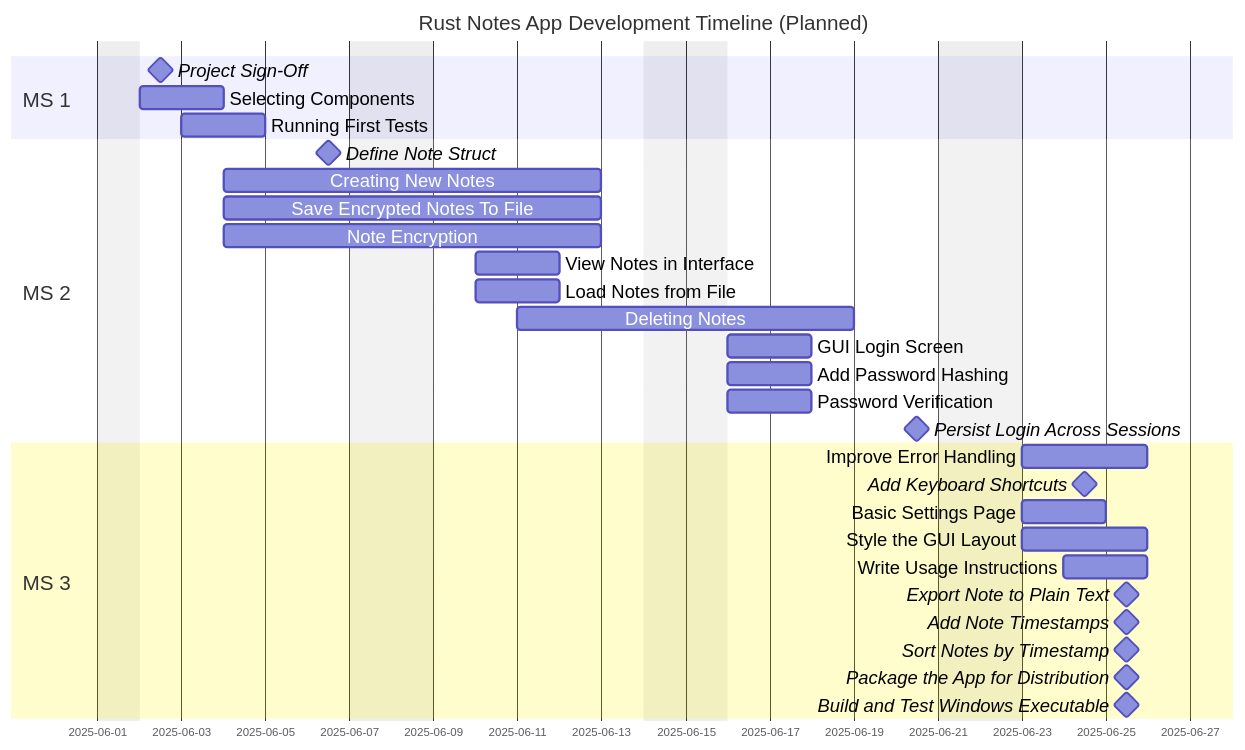
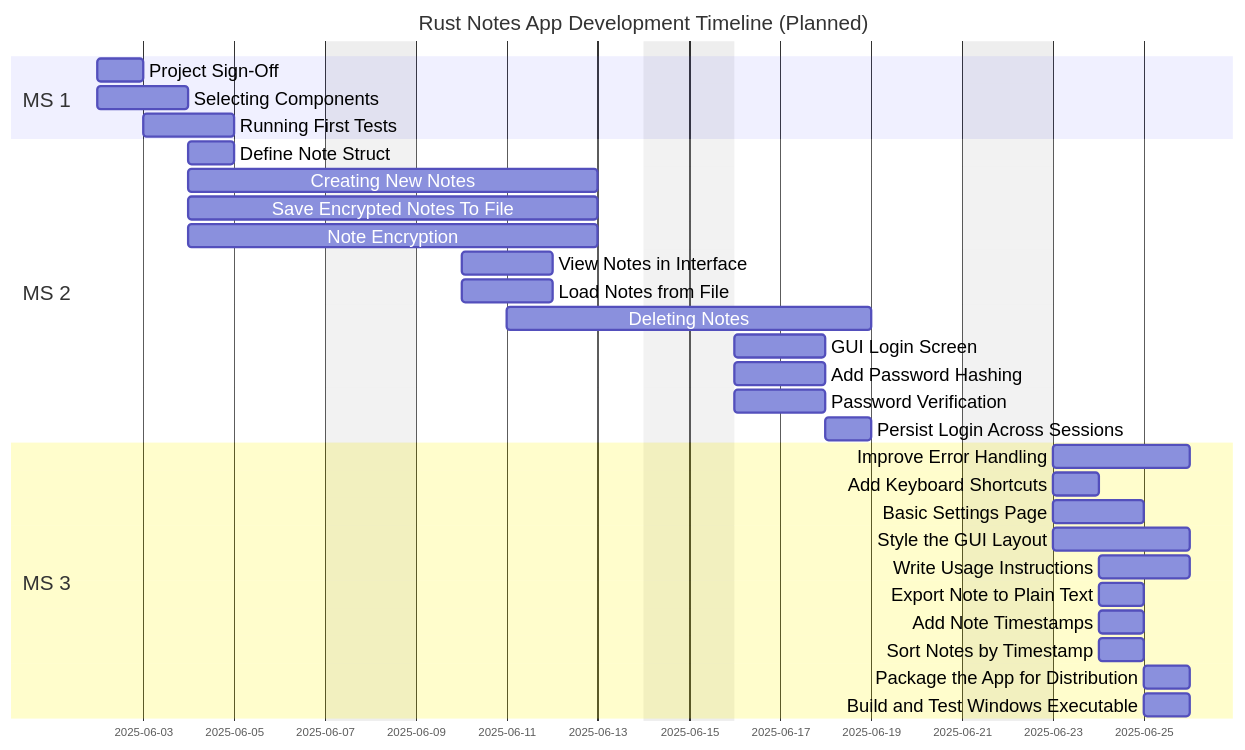
Before and after one commit to dthfan2007/RustNoteApp: the diagram in docs/assets/mmd/gantt_planned.mmd, drawn with Mermaid. The commit also changed 16 other files, not shown here.

```diff
--- a/docs/assets/mmd/gantt_planned.mmd
+++ b/docs/assets/mmd/gantt_planned.mmd
@@ -1,38 +1,38 @@
 %%{init: {
   'gantt': {
     'fontSize': 16,
     'sectionFontSize': 18
   }
 }}%%
 gantt
     todayMarker off
     excludes weekends
     title Rust Notes App Development Timeline (Planned)
     dateFormat  DD.MM.YYYY
     section MS 1
-    Project Sign-Off : milestone, 01.06.2025, 3d
+    Project Sign-Off                  :          req,  02.06.2025, 03.06.2025
     Selecting Components              :         core,  02.06.2025, 04.06.2025
     Running First Tests               :         test,  03.06.2025, 05.06.2025
     section MS 2
-    Define Note Struct : milestone, 04.06.2025, 3d
+    Define Note Struct                :         core,   04.06.2025, 05.06.2025
     Creating New Notes                :         data,   04.06.2025, 11.06.2025
     Save Encrypted Notes To File      :         data,   04.06.2025, 11.06.2025
     Note Encryption                   :         safety, 04.06.2025, 11.06.2025
     View Notes in Interface           :         ui,     10.06.2025, 12.06.2025
     Load Notes from File              :         data,   10.06.2025, 12.06.2025
     Deleting Notes                    :         data,   11.06.2025, 17.06.2025
     GUI Login Screen                  :         ui,     16.06.2025, 18.06.2025
     Add Password Hashing              :         data,   16.06.2025, 18.06.2025
     Password Verification             :         data,   16.06.2025, 18.06.2025
-    Persist Login Across Sessions : milestone, 18.06.2025, 3d
+    Persist Login Across Sessions     :         ux,     18.06.2025, 19.06.2025
     section MS 3
     Improve Error Handling            :         ux,     23.06.2025, 26.06.2025
-    Add Keyboard Shortcuts : milestone, 23.06.2025, 3d
+    Add Keyboard Shortcuts            :         ux,     23.06.2025, 24.06.2025
     Basic Settings Page               :         ui,     23.06.2025, 25.06.2025
     Style the GUI Layout              :         ui,     23.06.2025, 26.06.2025
     Write Usage Instructions          :         doc,    24.06.2025, 26.06.2025
-    Export Note to Plain Text : milestone, 24.06.2025, 3d
-    Add Note Timestamps : milestone, 24.06.2025, 3d
-    Sort Notes by Timestamp : milestone, 24.06.2025, 3d
-    Package the App for Distribution : milestone, 24.06.2025, 3d
-    Build and Test Windows Executable : milestone, 24.06.2025, 3d
+    Export Note to Plain Text         :         ux,     24.06.2025, 25.06.2025
+    Add Note Timestamps               :         ui,     24.06.2025, 25.06.2025
+    Sort Notes by Timestamp           :         ui,     24.06.2025, 25.06.2025
+    Package the App for Distribution  :         final,  25.06.2025, 26.06.2025
+    Build and Test Windows Executable :         final,  25.06.2025, 26.06.2025
```
